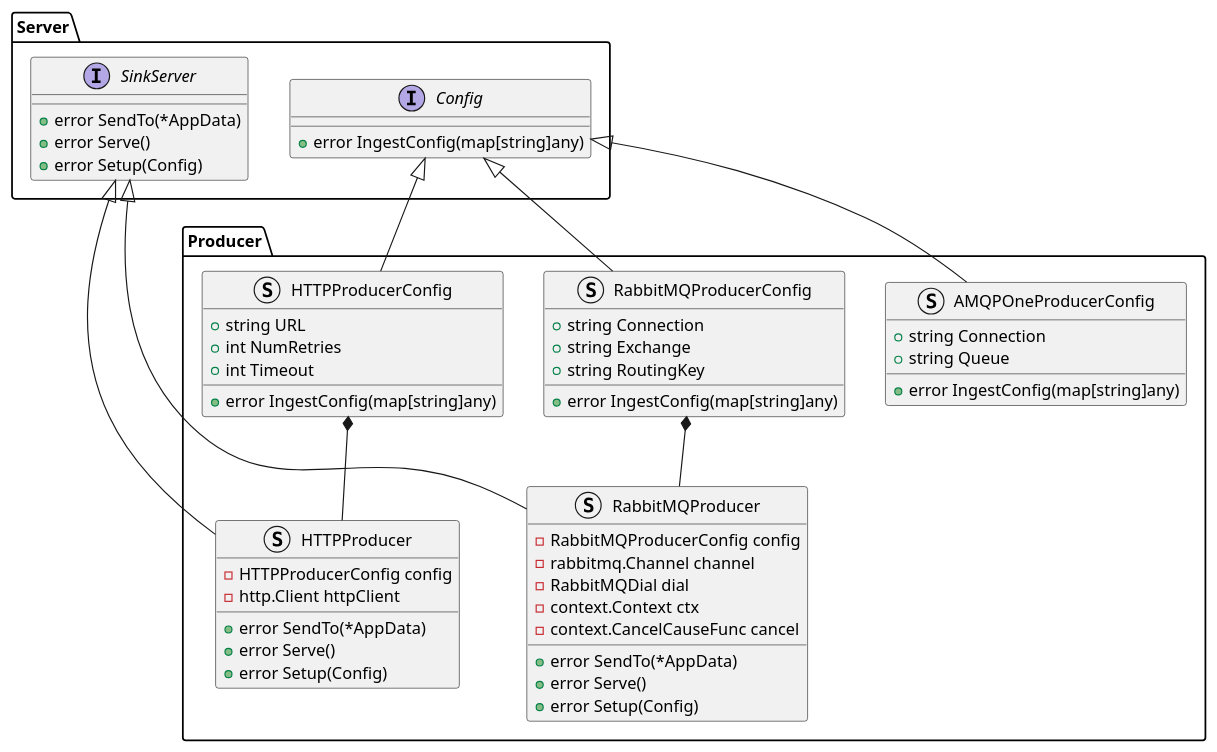
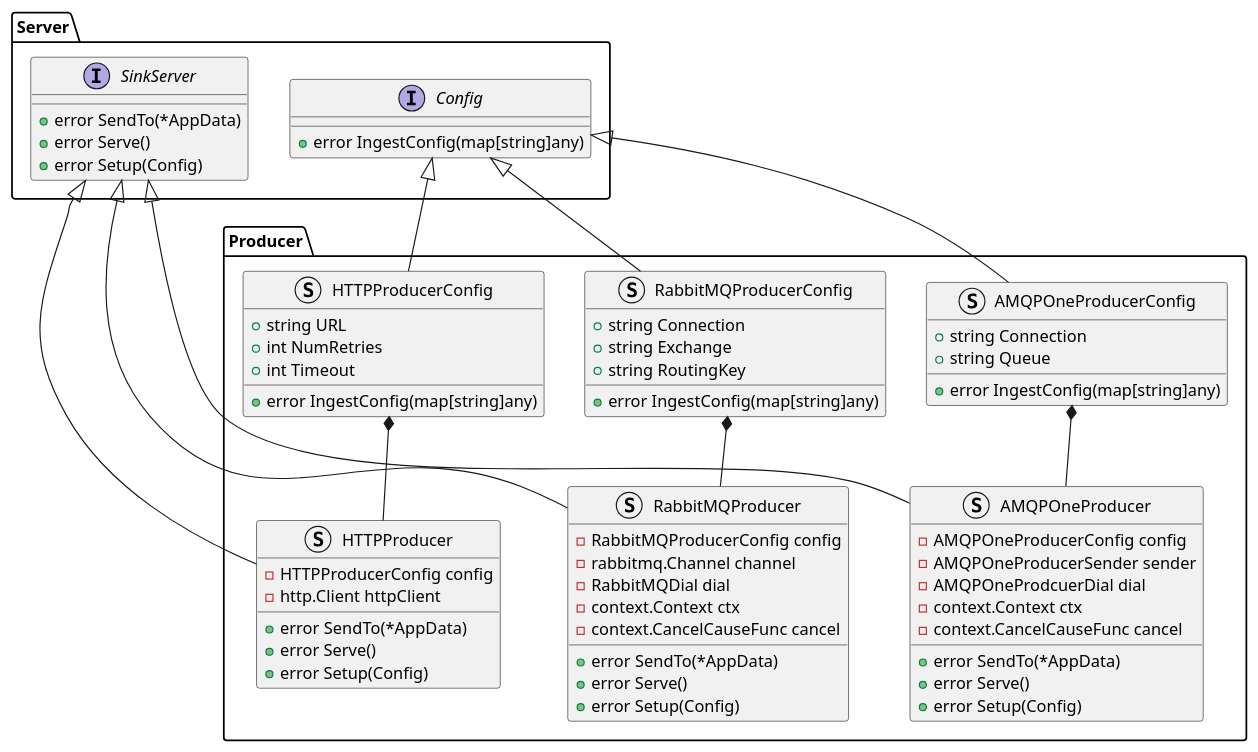
One commit to xtuml/otel2pv changed the diagram in docs/design_notes/DN1_JSON_Extractor/class_diagram_Producers.puml. Above: the diagram before and after it, drawn with PlantUML. The commit also changed 18 other files, not shown here.

```diff
--- a/docs/design_notes/DN1_JSON_Extractor/class_diagram_Producers.puml
+++ b/docs/design_notes/DN1_JSON_Extractor/class_diagram_Producers.puml
@@ -1,58 +1,70 @@
 @startuml
 namespace Server {
     interface SinkServer {
         +error SendTo(*AppData)
         +error Serve()
         +error Setup(Config)
     }
     interface Config {
         +error IngestConfig(map[string]any)
     }
 }
 namespace Producer {
     struct HTTPProducer {
         -HTTPProducerConfig config
         -http.Client httpClient
         +error SendTo(*AppData)
         +error Serve()
         +error Setup(Config)
     }
     struct RabbitMQProducer {
         -RabbitMQProducerConfig config
         -rabbitmq.Channel channel
         -RabbitMQDial dial
         -context.Context ctx
         -context.CancelCauseFunc cancel
         +error SendTo(*AppData)
         +error Serve()
         +error Setup(Config)
     }
+    struct AMQPOneProducer {
+        -AMQPOneProducerConfig config
+        -AMQPOneProducerSender sender
+        -AMQPOneProdcuerDial dial
+        -context.Context ctx
+        -context.CancelCauseFunc cancel
+        +error SendTo(*AppData)
+        +error Serve()
+        +error Setup(Config)
+    }
     struct HTTPProducerConfig {
         +string URL
         +int NumRetries
         +int Timeout
         +error IngestConfig(map[string]any)
     }
     struct RabbitMQProducerConfig {
         +string Connection
         +string Exchange
         +string RoutingKey
         +error IngestConfig(map[string]any)
     }
     struct AMQPOneProducerConfig {
         +string Connection
         +string Queue
         +error IngestConfig(map[string]any)
     }
 
 }
 
 Server.SinkServer <|-- Producer.HTTPProducer
 Server.SinkServer <|-- Producer.RabbitMQProducer
+Server.SinkServer <|-- Producer.AMQPOneProducer
 
 Server.Config <|-- Producer.HTTPProducerConfig
 Server.Config <|-- Producer.RabbitMQProducerConfig
 Server.Config <|-- Producer.AMQPOneProducerConfig
 Producer.HTTPProducerConfig *-- Producer.HTTPProducer
 Producer.RabbitMQProducerConfig *-- Producer.RabbitMQProducer
+Producer.AMQPOneProducerConfig *-- Producer.AMQPOneProducer
 @enduml
```
